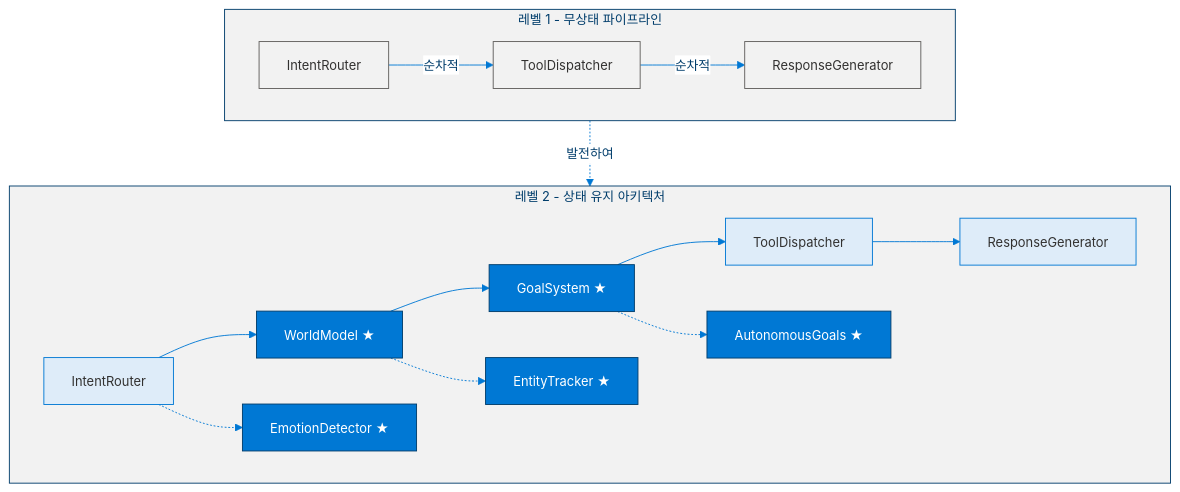
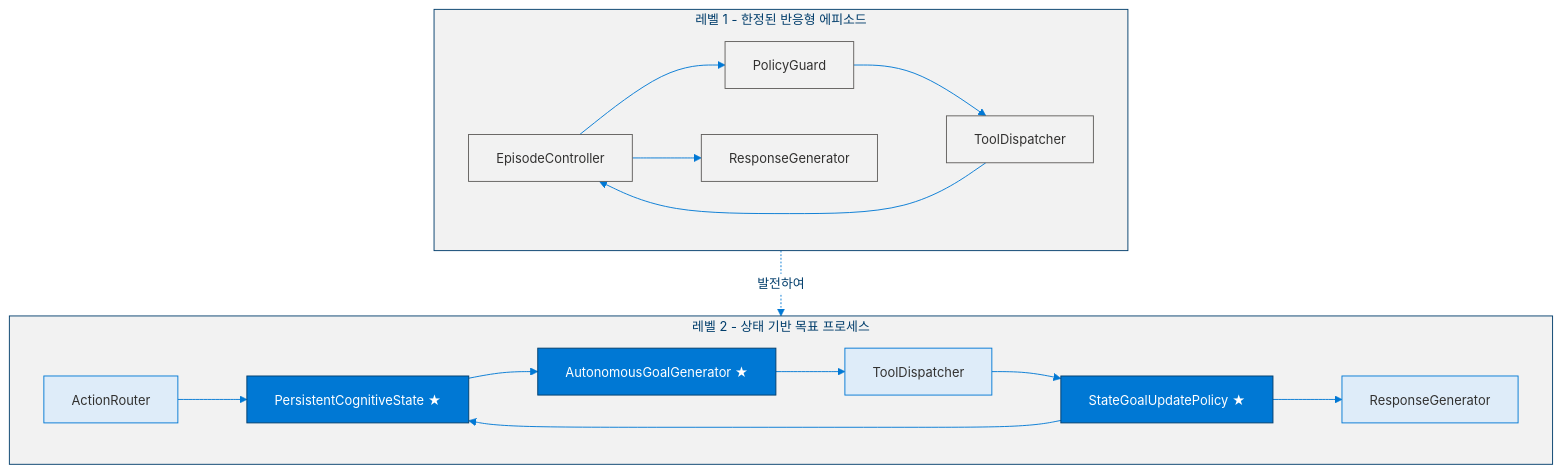
Before and after one commit to dotnetpower/mscp: the seventh of 7 diagrams in docs/levels/Level_1_Tool_Agent.ko.md, drawn with Mermaid. The commit also changed other lines of this file and 21 other files, not shown here.

````diff
--- a/docs/levels/Level_1_Tool_Agent.ko.md
+++ b/docs/levels/Level_1_Tool_Agent.ko.md
@@ -506,32 +566,29 @@
 ```mermaid
 %%{init: {'theme': 'base', 'themeVariables': {'primaryColor': '#0078D4', 'primaryTextColor': '#003D6B', 'primaryBorderColor': '#003D6B', 'secondaryColor': '#50E6FF', 'secondaryTextColor': '#323130', 'secondaryBorderColor': '#00BCF2', 'tertiaryColor': '#F2F2F2', 'tertiaryTextColor': '#323130', 'lineColor': '#0078D4', 'textColor': '#323130', 'mainBkg': '#DEECF9', 'nodeBorder': '#0078D4', 'clusterBkg': '#F2F2F2', 'clusterBorder': '#003D6B', 'titleColor': '#003D6B', 'edgeLabelBackground': '#FFFFFF', 'fontSize': '14px'}}}%%
 flowchart TD
   classDef l1Light fill:#F2F2F2,stroke:#605E5C,color:#323130
   classDef l2Light fill:#DEECF9,stroke:#0078D4,color:#323130
   classDef l2New fill:#0078D4,stroke:#003D6B,color:#FFF
 
-  subgraph L1["레벨 1 - 무상태 파이프라인"]
-    IR1["IntentRouter"]:::l1Light
+  subgraph L1["레벨 1 - 한정된 반응형 에피소드"]
+    EC1["EpisodeController"]:::l1Light
+    PG1["PolicyGuard"]:::l1Light
     TD1["ToolDispatcher"]:::l1Light
     RG1["ResponseGenerator"]:::l1Light
-    IR1 -->|"순차적"| TD1 -->|"순차적"| RG1
+    EC1 --> PG1 --> TD1 --> EC1
+    EC1 --> RG1
   end
 
-  subgraph L2["레벨 2 - 상태 유지 아키텍처"]
-    IR2["IntentRouter"]:::l2Light
-    WM["WorldModel ★"]:::l2New
-    GS["GoalSystem ★"]:::l2New
+  subgraph L2["레벨 2 - 상태 기반 목표 프로세스"]
+    AR2["ActionRouter"]:::l2Light
+    PS["PersistentCognitiveState ★"]:::l2New
+    GG["AutonomousGoalGenerator ★"]:::l2New
+    UP["StateGoalUpdatePolicy ★"]:::l2New
     TD2["ToolDispatcher"]:::l2Light
     RG2["ResponseGenerator"]:::l2Light
-    IR2 --> WM --> GS --> TD2 --> RG2
-
-    ED["EmotionDetector ★"]:::l2New
-    ET["EntityTracker ★"]:::l2New
-    AG["AutonomousGoals ★"]:::l2New
-    IR2 -.-> ED
-    WM -.-> ET
-    GS -.-> AG
+    AR2 --> PS --> GG --> TD2 --> UP --> PS
+    UP --> RG2
   end
 
   L1 -.->|"발전하여"| L2
 ```
````
